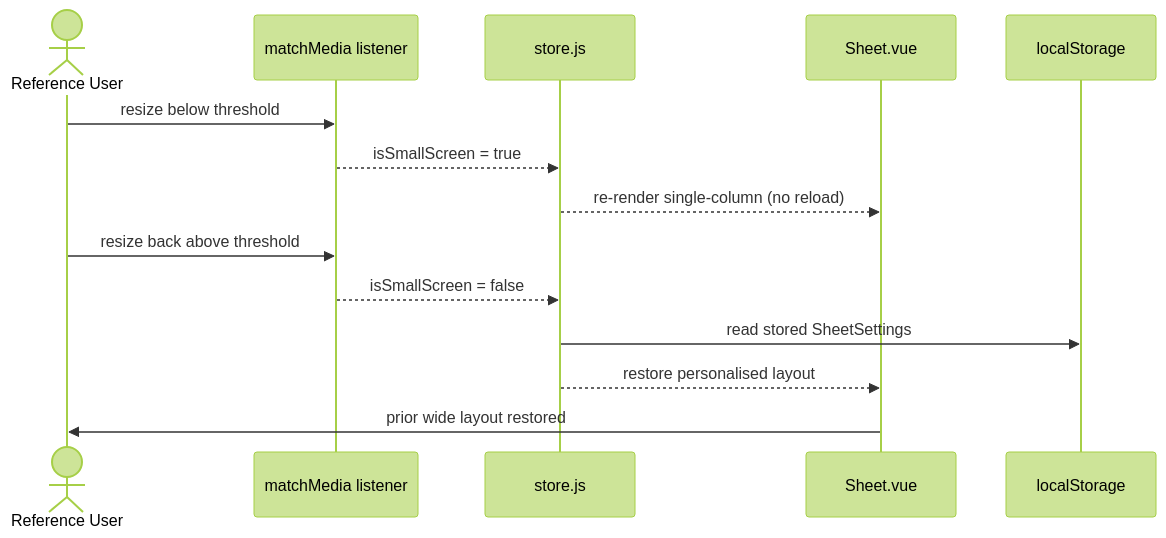
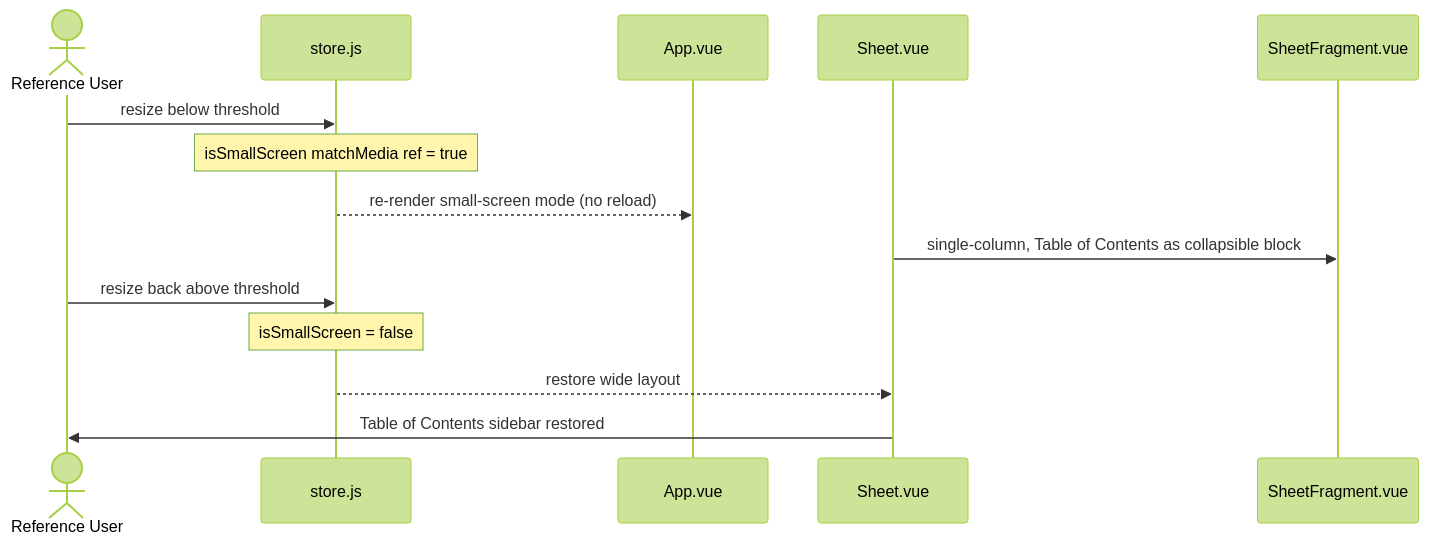
Before and after one commit to Povaz/cheatsheets: the third of 3 diagrams in docs/hldd/view/user-stories/us-mobile-readonly.md, drawn with Mermaid (forest theme). The commit also changed other lines of this file and 10 other files, not shown here.

First line of the commit message:
docs(hldd): Spec — CheatSheets v2.0 single native Sheet format

````diff
--- a/docs/hldd/view/user-stories/us-mobile-readonly.md
+++ b/docs/hldd/view/user-stories/us-mobile-readonly.md
@@ -116,16 +84,16 @@
 ```mermaid
 sequenceDiagram
     actor U as Reference User
-    participant MM as matchMedia listener
     participant ST as store.js
+    participant App as App.vue
     participant S as Sheet.vue
-    participant LS as localStorage
-    U->>MM: resize below threshold
-    MM-->>ST: isSmallScreen = true
-    ST-->>S: re-render single-column (no reload)
-    U->>MM: resize back above threshold
-    MM-->>ST: isSmallScreen = false
-    ST->>LS: read stored SheetSettings
-    ST-->>S: restore personalised layout
-    S->>U: prior wide layout restored
+    participant F as SheetFragment.vue
+    U->>ST: resize below threshold
+    Note over ST: isSmallScreen matchMedia ref = true
+    ST-->>App: re-render small-screen mode (no reload)
+    S->>F: single-column, Table of Contents as collapsible block
+    U->>ST: resize back above threshold
+    Note over ST: isSmallScreen = false
+    ST-->>S: restore wide layout
+    S->>U: Table of Contents sidebar restored
 ```
````
